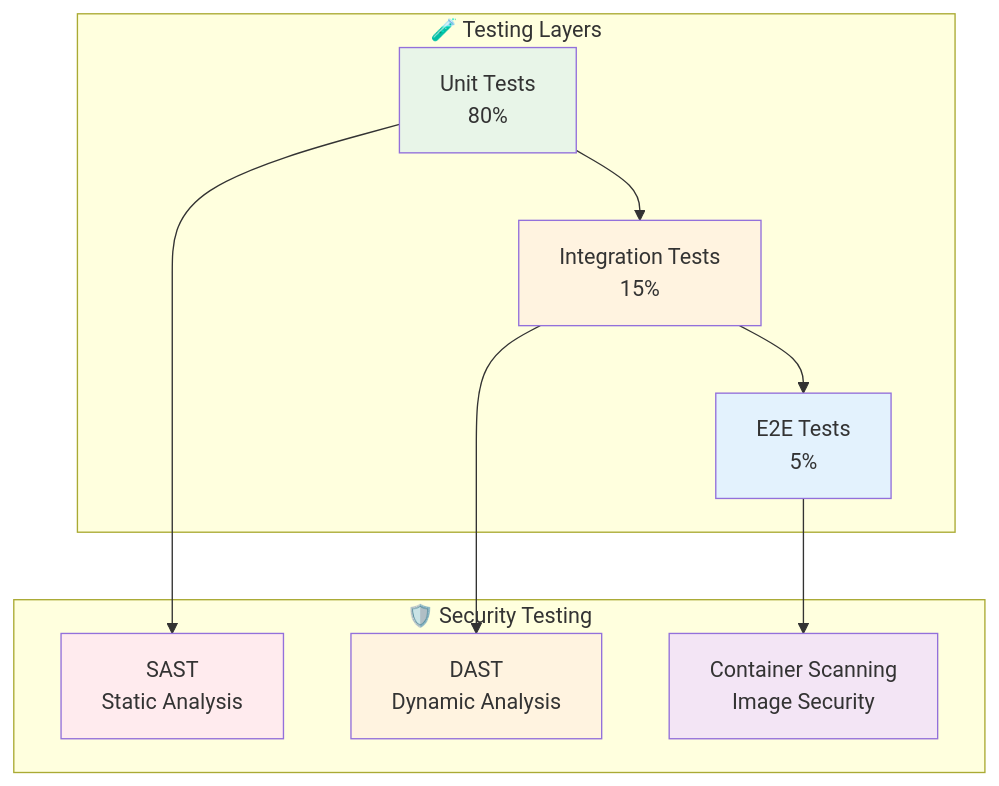
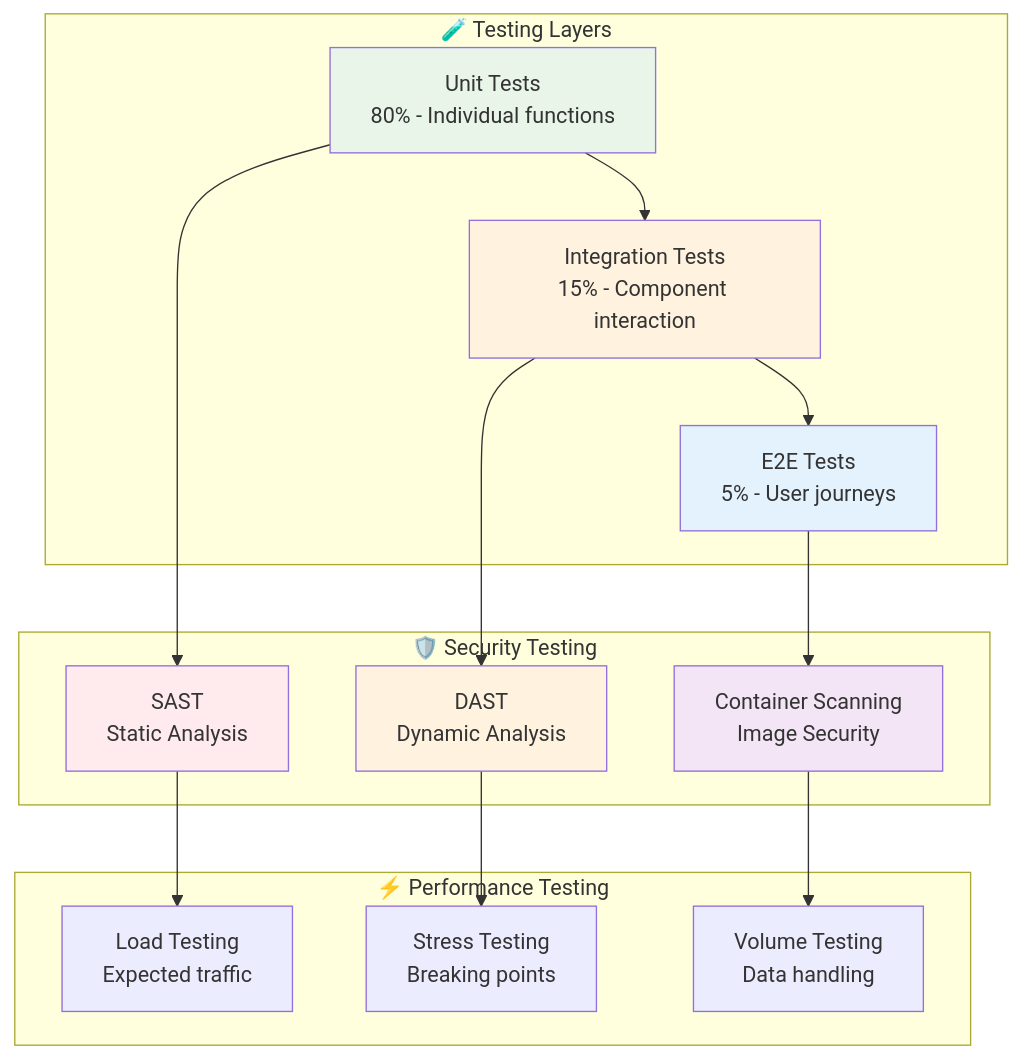
Diagram 11 of 18 in README.md (apasupuleti79/CI-CD-with-DevSecOps), drawn with Mermaid before and after one commit. The commit also changed other lines of this file, not shown here.

````diff
--- a/README.md
+++ b/README.md
@@ -495,27 +662,37 @@
 ```mermaid
 graph TB
     subgraph "🧪 Testing Layers"
-        A[E2E Tests<br/>5%] 
-        B[Integration Tests<br/>15%]
-        C[Unit Tests<br/>80%]
+        A[E2E Tests<br/>5% - User journeys] 
+        B[Integration Tests<br/>15% - Component interaction]
+        C[Unit Tests<br/>80% - Individual functions]
     end
     
     subgraph "🛡️ Security Testing"
         D[SAST<br/>Static Analysis]
         E[DAST<br/>Dynamic Analysis]
         F[Container Scanning<br/>Image Security]
     end
     
+    subgraph "⚡ Performance Testing"
+        G[Load Testing<br/>Expected traffic]
+        H[Stress Testing<br/>Breaking points]
+        I[Volume Testing<br/>Data handling]
+    end
+    
     C --> B
     B --> A
     C --> D
     B --> E
     A --> F
+    
+    D --> G
+    E --> H
+    F --> I
     
     style C fill:#e8f5e8
     style B fill:#fff3e0
     style A fill:#e3f2fd
     style D fill:#ffebee
     style E fill:#fff3e0
     style F fill:#f3e5f5
 ```
````
